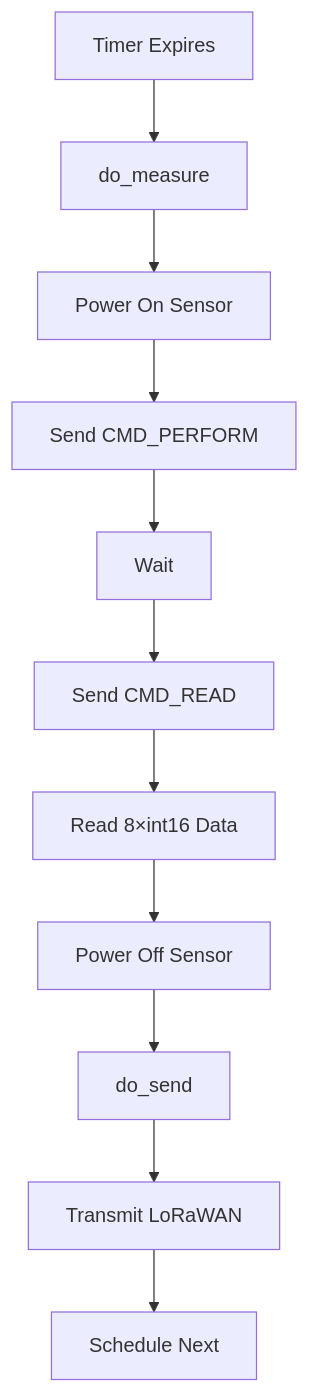
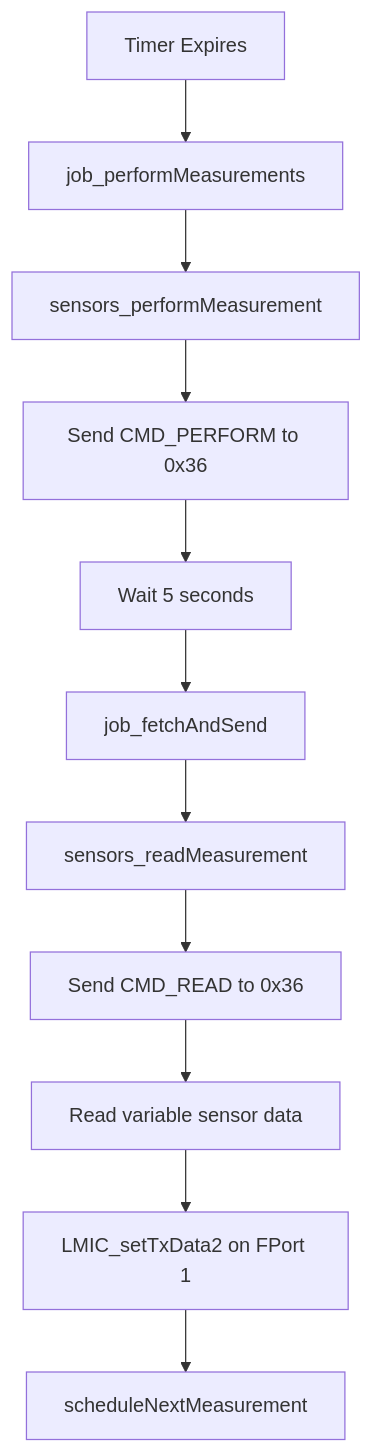
Before and after one commit to MrMisterMisterMister/MFM-docs: the second of 3 diagrams in src/content/docs/firmware/architecture.md, drawn with Mermaid. The commit also changed other lines of this file and 11 other files, not shown here.

````diff
--- a/src/content/docs/firmware/architecture.md
+++ b/src/content/docs/firmware/architecture.md
@@ -149,13 +191,13 @@
 ```mermaid
 graph TD
-    A[Timer Expires] --> B[do_measure]
-    B --> C[Power On Sensor]
-    C --> D[Send CMD_PERFORM]
-    D --> E[Wait]
-    E --> F[Send CMD_READ]
-    F --> G[Read 8×int16 Data]
-    G --> H[Power Off Sensor]
-    H --> I[do_send]
-    I --> J[Transmit LoRaWAN]
-    J --> K[Schedule Next]
+    A[Timer Expires] --> B[job_performMeasurements]
+    B --> C[sensors_performMeasurement]
+    C --> D[Send CMD_PERFORM to 0x36]
+    D --> E[Wait 5 seconds]
+    E --> F[job_fetchAndSend]
+    F --> G[sensors_readMeasurement]
+    G --> H[Send CMD_READ to 0x36]
+    H --> I[Read variable sensor data]
+    I --> J[LMIC_setTxData2 on FPort 1]
+    J --> K[scheduleNextMeasurement]
 ```
````
